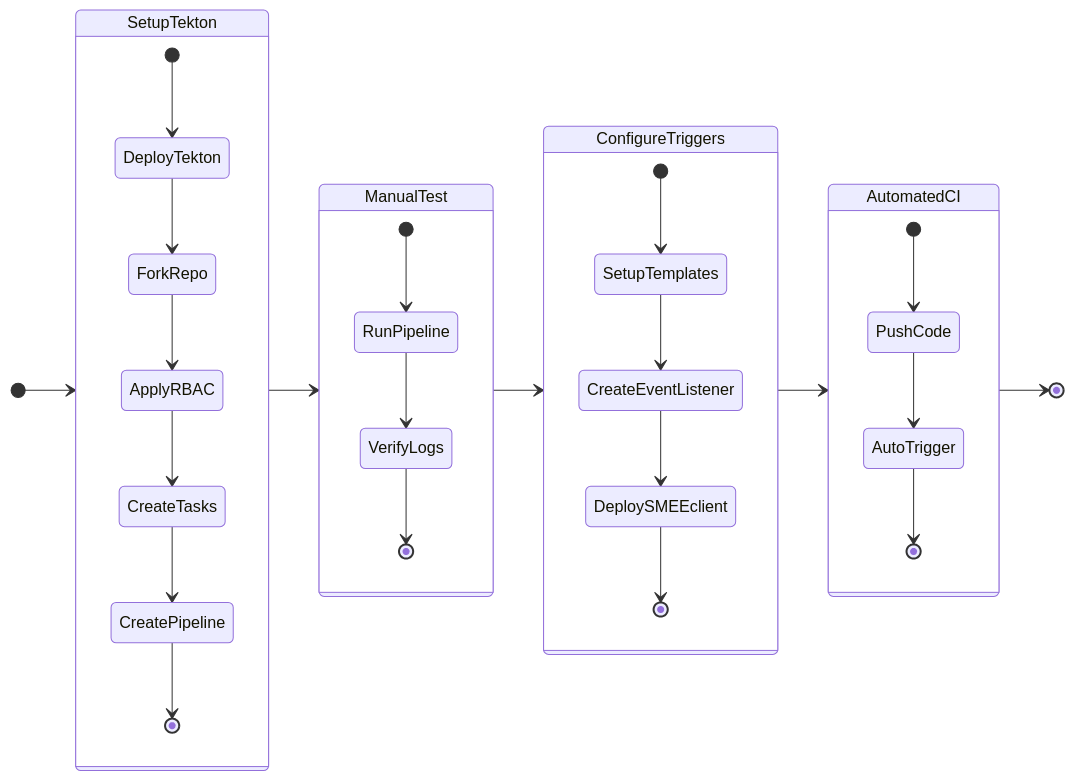
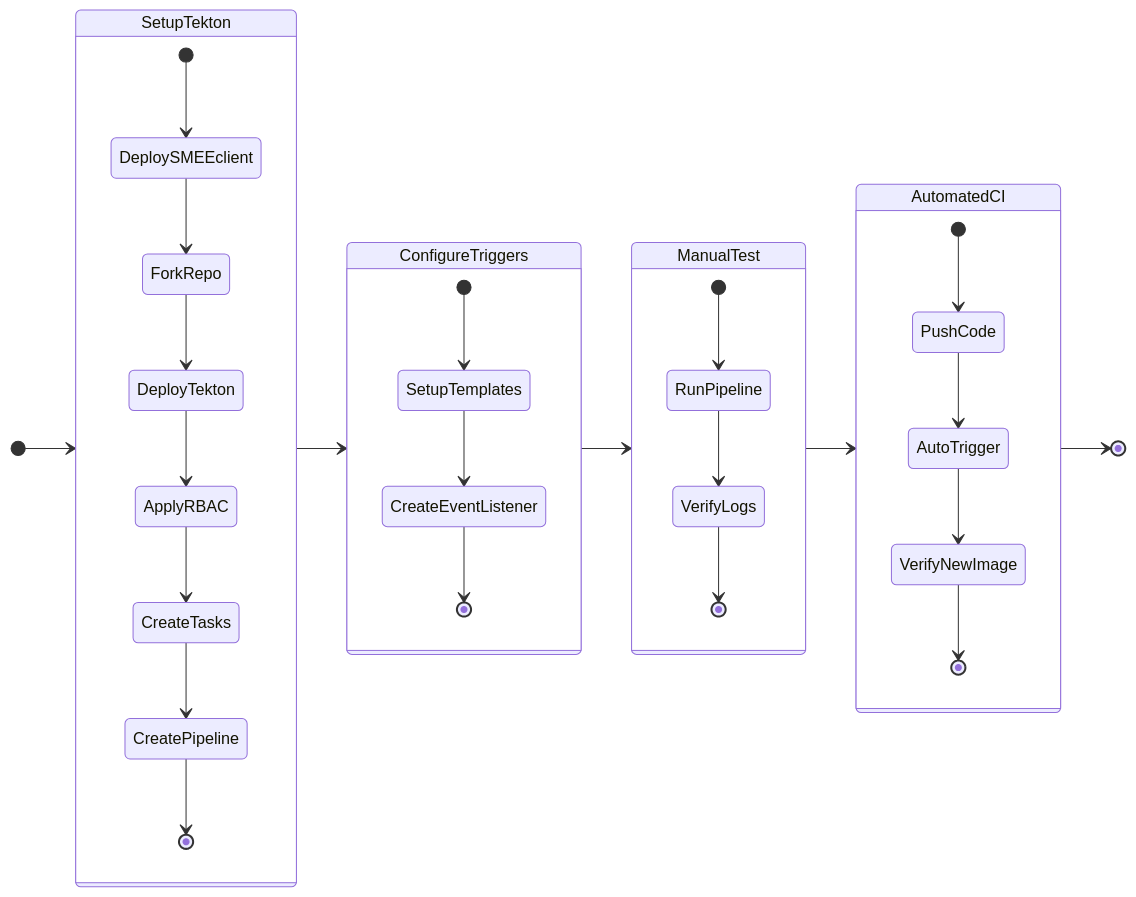
The diagram in docs/nkp_tutorials/nkp_cicd_lab/nkp_ci_setup.md (nutanix-japan/nai-llm), drawn with Mermaid before and after one commit. The commit also changed other lines of this file and 25 other files, not shown here.

Commit message:
Update: Github Webhook Config and EventListener

````diff
--- a/docs/nkp_tutorials/nkp_cicd_lab/nkp_ci_setup.md
+++ b/docs/nkp_tutorials/nkp_cicd_lab/nkp_ci_setup.md
@@ -12,38 +12,40 @@
 ```mermaid
 stateDiagram-v2
     direction LR
 
+    
     state SetupTekton {
-        [*] --> DeployTekton
-        DeployTekton --> ForkRepo
-        ForkRepo --> ApplyRBAC
+        [*] --> DeploySMEEclient
+        DeploySMEEclient --> ForkRepo
+        ForkRepo --> DeployTekton
+        DeployTekton --> ApplyRBAC
         ApplyRBAC --> CreateTasks
         CreateTasks --> CreatePipeline
         CreatePipeline --> [*]
     }
 
     state ManualTest {
         [*] --> RunPipeline
         RunPipeline --> VerifyLogs
         VerifyLogs --> [*]
     }
 
     state ConfigureTriggers {
         [*] --> SetupTemplates
         SetupTemplates --> CreateEventListener
-        CreateEventListener --> DeploySMEEclient
-        DeploySMEEclient --> [*]
+        CreateEventListener --> [*]
     }
 
     state AutomatedCI {
         [*] --> PushCode
         PushCode --> AutoTrigger
-        AutoTrigger --> [*]
+        AutoTrigger --> VerifyNewImage
+        VerifyNewImage --> [*]
     }
 
     [*] --> SetupTekton
-    SetupTekton --> ManualTest
-    ManualTest --> ConfigureTriggers
-    ConfigureTriggers --> AutomatedCI
+    SetupTekton -->  ConfigureTriggers
+    ConfigureTriggers --> ManualTest
+    ManualTest --> AutomatedCI
     AutomatedCI --> [*]
 ```
````
